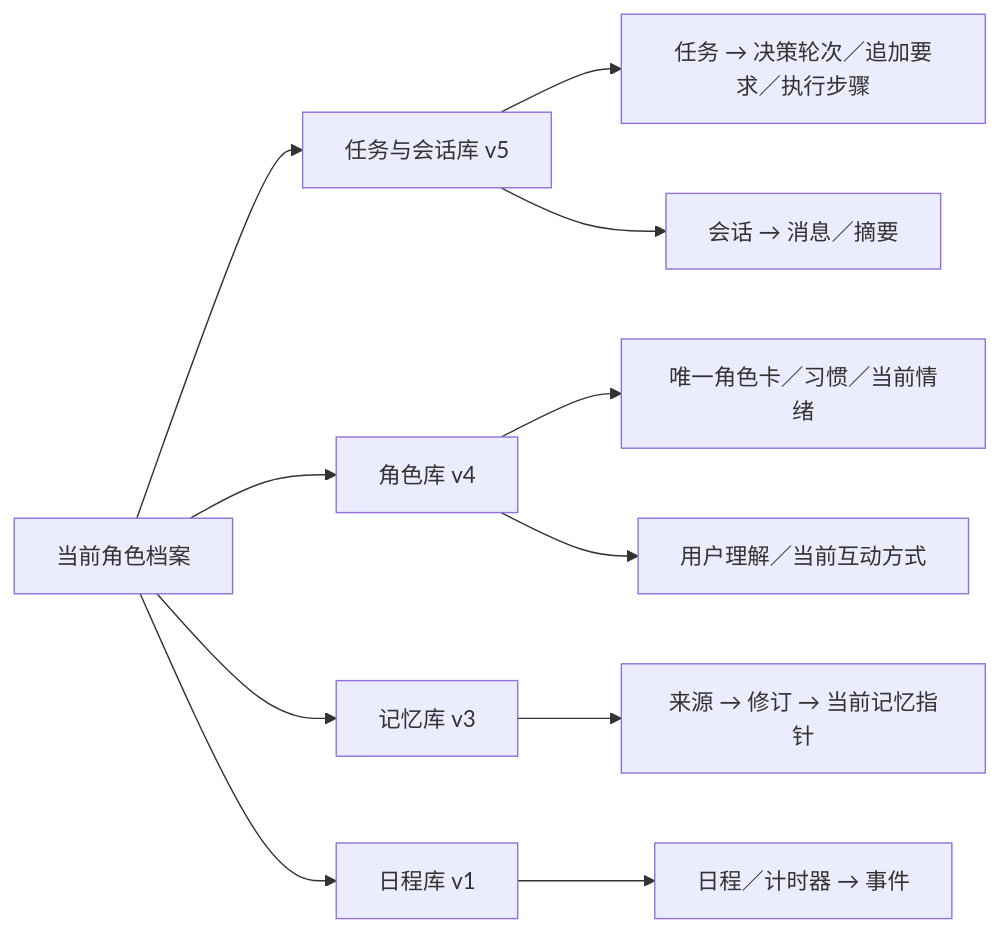
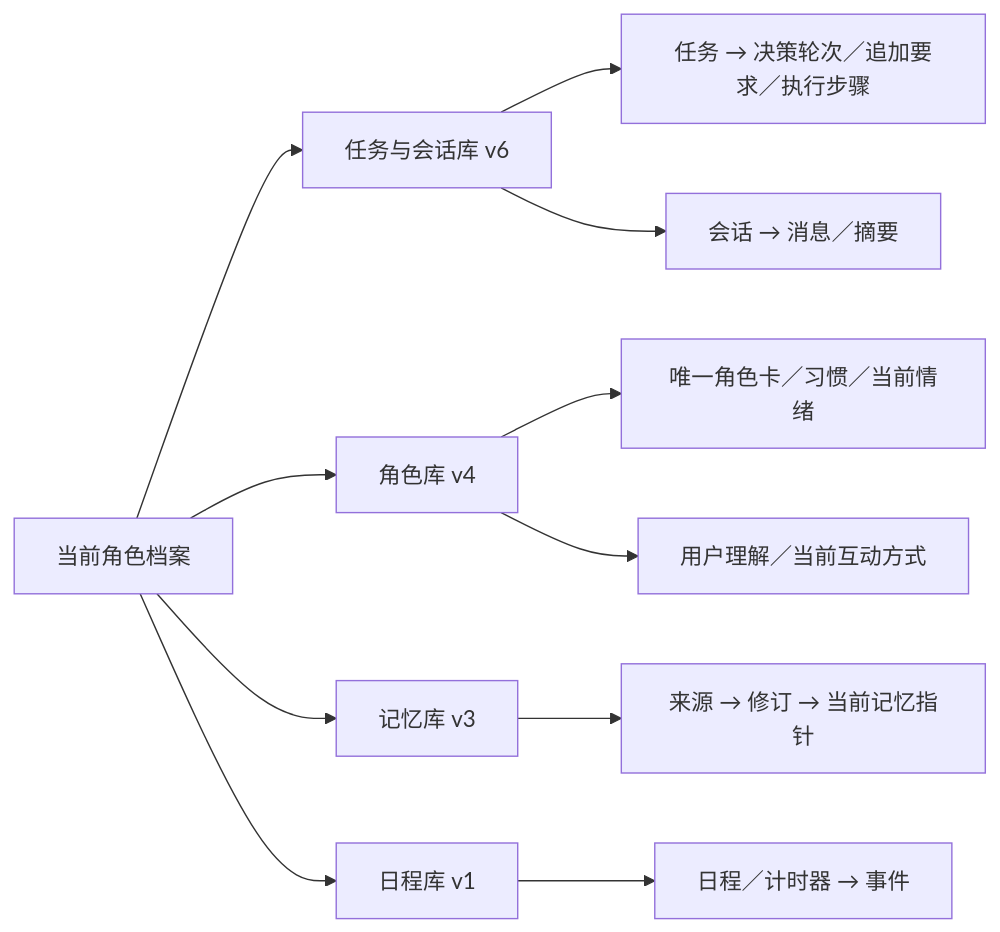
One commit to kbdui/kb_deskpal changed the diagram in docs/planning/companion-redesign/database-design.md. Above: the diagram before and after it, drawn with Mermaid. The commit also changed other lines of this file and 88 other files, not shown here.

````diff
--- a/docs/planning/companion-redesign/database-design.md
+++ b/docs/planning/companion-redesign/database-design.md
@@ -13,13 +13,13 @@
 ```mermaid
 flowchart LR
-  P[当前角色档案] --> W[任务与会话库 v5]
+  P[当前角色档案] --> W[任务与会话库 v6]
   P --> C[角色库 v4]
   P --> M[记忆库 v3]
   P --> S[日程库 v1]
   W --> T[任务 → 决策轮次／追加要求／执行步骤]
   W --> V[会话 → 消息／摘要]
   C --> R[唯一角色卡／习惯／当前情绪]
   C --> U[用户理解／当前互动方式]
   M --> H[来源 → 修订 → 当前记忆指针]
   S --> E[日程／计时器 → 事件]
 ```
````
